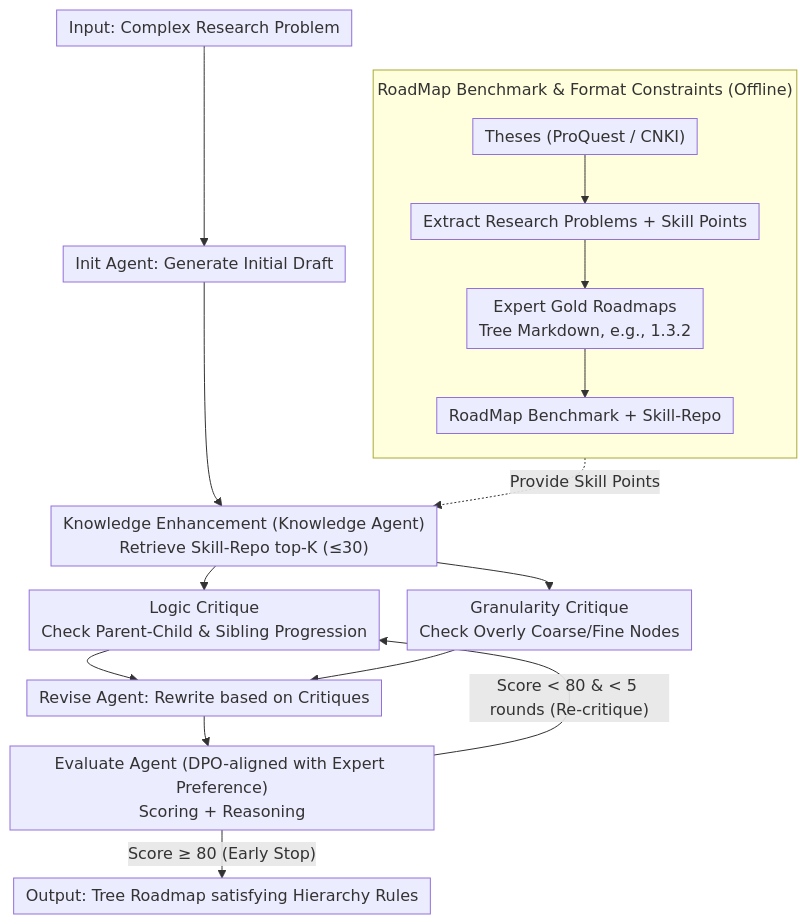
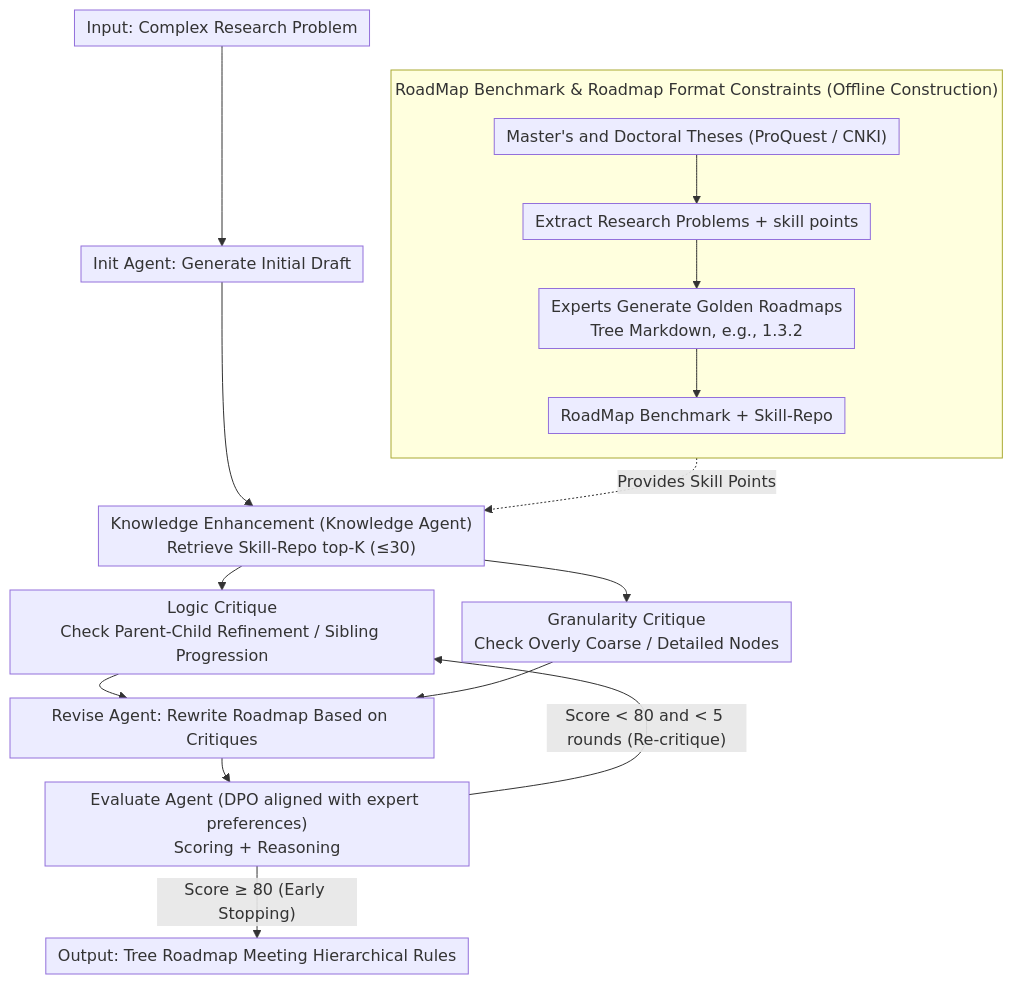
The diagram in docs/ACL2026/multi_agent/roadmapper_a_multi-agent_system_for_roadmap_generation_of_solving_complex_resear.md (zhaoyang97/Paper-Notes-en), drawn with Mermaid before and after one commit. The commit also changed other lines of this file and 5084 other files, not shown here.

````diff
--- a/docs/ACL2026/multi_agent/roadmapper_a_multi-agent_system_for_roadmap_generation_of_solving_complex_resear.md
+++ b/docs/ACL2026/multi_agent/roadmapper_a_multi-agent_system_for_roadmap_generation_of_solving_complex_resear.md
@@ -44,20 +44,20 @@
 ```mermaid
 %%{init: {'flowchart': {'rankSpacing': 24, 'nodeSpacing': 28, 'padding': 6, 'wrappingWidth': 400, 'subGraphTitleMargin': {'top': 8, 'bottom': 16}}}}%%
 flowchart TD
-    subgraph OFF["RoadMap Benchmark & Format Constraints (Offline)"]
+    subgraph OFF["RoadMap Benchmark & Roadmap Format Constraints (Offline Construction)"]
         direction TB
-        P["Theses (ProQuest / CNKI)"] --> EX["Extract Research Problems + Skill Points"]
-        EX --> GOLD["Expert Gold Roadmaps<br/>Tree Markdown, e.g., 1.3.2"]
+        P["Master's and Doctoral Theses (ProQuest / CNKI)"] --> EX["Extract Research Problems + skill points"]
+        EX --> GOLD["Experts Generate Golden Roadmaps<br/>Tree Markdown, e.g., 1.3.2"]
         GOLD --> REPO["RoadMap Benchmark + Skill-Repo"]
     end
     Q["Input: Complex Research Problem"] --> INIT["Init Agent: Generate Initial Draft"]
     INIT --> KN["Knowledge Enhancement (Knowledge Agent)<br/>Retrieve Skill-Repo top-K (≤30)"]
-    REPO -. Provide Skill Points .-> KN
-    KN --> LC["Logic Critique<br/>Check Parent-Child & Sibling Progression"]
-    KN --> GC["Granularity Critique<br/>Check Overly Coarse/Fine Nodes"]
-    LC --> REV["Revise Agent: Rewrite based on Critiques"]
+    REPO -. Provides Skill Points .-> KN
+    KN --> LC["Logic Critique<br/>Check Parent-Child Refinement / Sibling Progression"]
+    KN --> GC["Granularity Critique<br/>Check Overly Coarse / Detailed Nodes"]
+    LC --> REV["Revise Agent: Rewrite Roadmap Based on Critiques"]
     GC --> REV
-    REV --> EV["Evaluate Agent (DPO-aligned with Expert Preference)<br/>Scoring + Reasoning"]
-    EV -->|"Score < 80 & < 5 rounds (Re-critique)"| LC
-    EV -->|"Score ≥ 80 (Early Stop)"| OUT["Output: Tree Roadmap satisfying Hierarchy Rules"]
+    REV --> EV["Evaluate Agent (DPO aligned with expert preferences)<br/>Scoring + Reasoning"]
+    EV -->|"Score < 80 and < 5 rounds (Re-critique)"| LC
+    EV -->|"Score ≥ 80 (Early Stopping)"| OUT["Output: Tree Roadmap Meeting Hierarchical Rules"]
 ```
````
